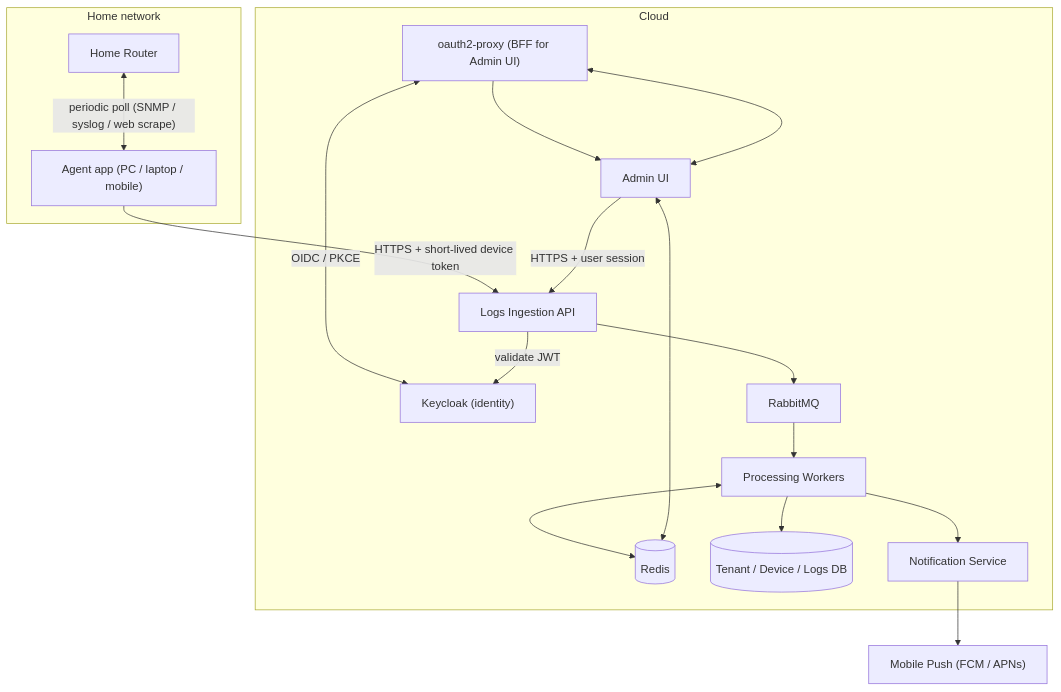
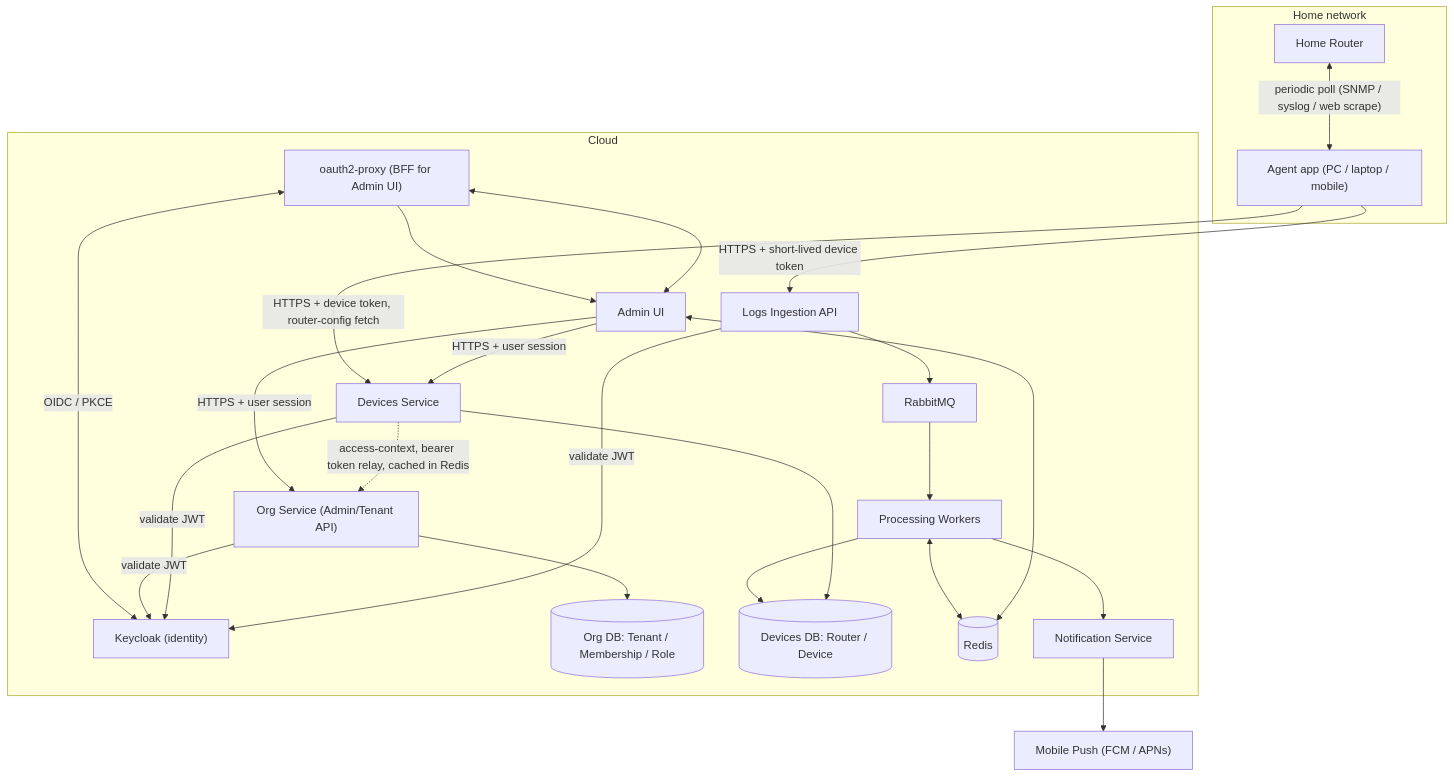
The diagram in docs/architecture/01-overview.md (dzaba1/HomeSecurity), drawn with Mermaid before and after one commit. The commit also changed other lines of this file and 8 other files, not shown here.

````diff
--- a/docs/architecture/01-overview.md
+++ b/docs/architecture/01-overview.md
@@ -18,37 +18,47 @@
 ```mermaid
 flowchart TB
   subgraph Home["Home network"]
     Router[Home Router]
     Agent["Agent app (PC / laptop / mobile)"]
   end
 
   subgraph Cloud["Cloud"]
     IdP["Keycloak (identity)"]
     BFF["oauth2-proxy (BFF for Admin UI)"]
     AdminUI["Admin UI"]
+    OrgSvc["Org Service (Admin/Tenant API)"]
+    OrgDB[(Org DB: Tenant / Membership / Role)]
+    DevicesSvc["Devices Service"]
+    DevicesDB[(Devices DB: Router / Device)]
     Ingestion["Logs Ingestion API"]
     Queue["RabbitMQ"]
     Workers["Processing Workers"]
     Cache[("Redis")]
-    DB[(Tenant / Device / Logs DB)]
     Notifier["Notification Service"]
   end
 
   Push["Mobile Push (FCM / APNs)"]
 
   Router <-->|"periodic poll (SNMP / syslog / web scrape)"| Agent
   Agent -->|"HTTPS + short-lived device token"| Ingestion
+  Agent -->|"HTTPS + device token, router-config fetch"| DevicesSvc
   Ingestion --> Queue
   Queue --> Workers
   Workers <--> Cache
-  Workers --> DB
+  Workers --> DevicesDB
   Workers --> Notifier
   Notifier --> Push
 
   AdminUI <--> BFF
   BFF <-->|OIDC / PKCE| IdP
   BFF --> AdminUI
-  AdminUI -->|"HTTPS + user session"| Ingestion
+  AdminUI -->|"HTTPS + user session"| OrgSvc
+  AdminUI -->|"HTTPS + user session"| DevicesSvc
+  OrgSvc --> OrgDB
+  OrgSvc -->|validate JWT| IdP
+  DevicesSvc --> DevicesDB
+  DevicesSvc -->|validate JWT| IdP
+  DevicesSvc -.->|"access-context, bearer token relay, cached in Redis"| OrgSvc
   Ingestion -->|validate JWT| IdP
   AdminUI <--> Cache
 ```
````
